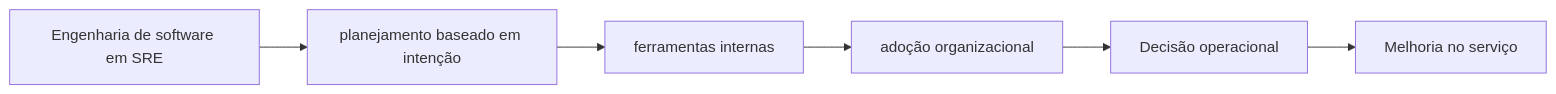
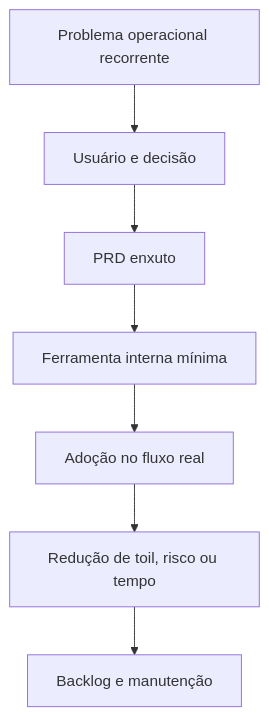
One commit to rafaelrezo/curso-engenharia-confiabilidade changed the diagram in docs/capitulos/capitulo-12.md. Above: the diagram before and after it, drawn with Mermaid. The commit also changed other lines of this file and 31 other files, not shown here.

````diff
--- a/docs/capitulos/capitulo-12.md
+++ b/docs/capitulos/capitulo-12.md
@@ -116,8 +143,9 @@
 ```mermaid
-flowchart LR
-    Tema["Engenharia de software em SRE"] --> C1["planejamento baseado em intenção"]
-    C1 --> C2["ferramentas internas"]
-    C2 --> C3["adoção organizacional"]
-    C3 --> Decisao["Decisão operacional"]
-    Decisao --> Acao["Melhoria no serviço"]
+flowchart TD
+    Problema["Problema operacional recorrente"] --> Usuario["Usuário e decisão"]
+    Usuario --> PRD["PRD enxuto"]
+    PRD --> Produto["Ferramenta interna mínima"]
+    Produto --> Adocao["Adoção no fluxo real"]
+    Adocao --> Metricas["Redução de toil, risco ou tempo"]
+    Metricas --> Backlog["Backlog e manutenção"]
 ```
````
